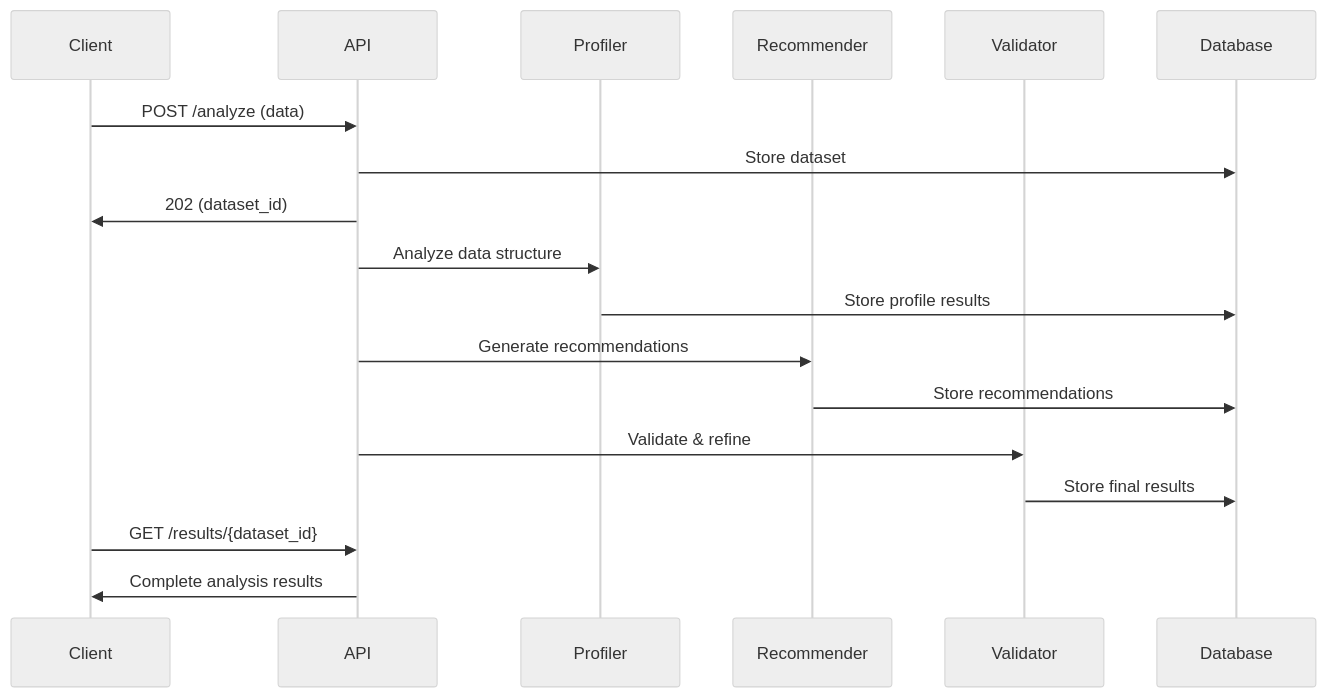
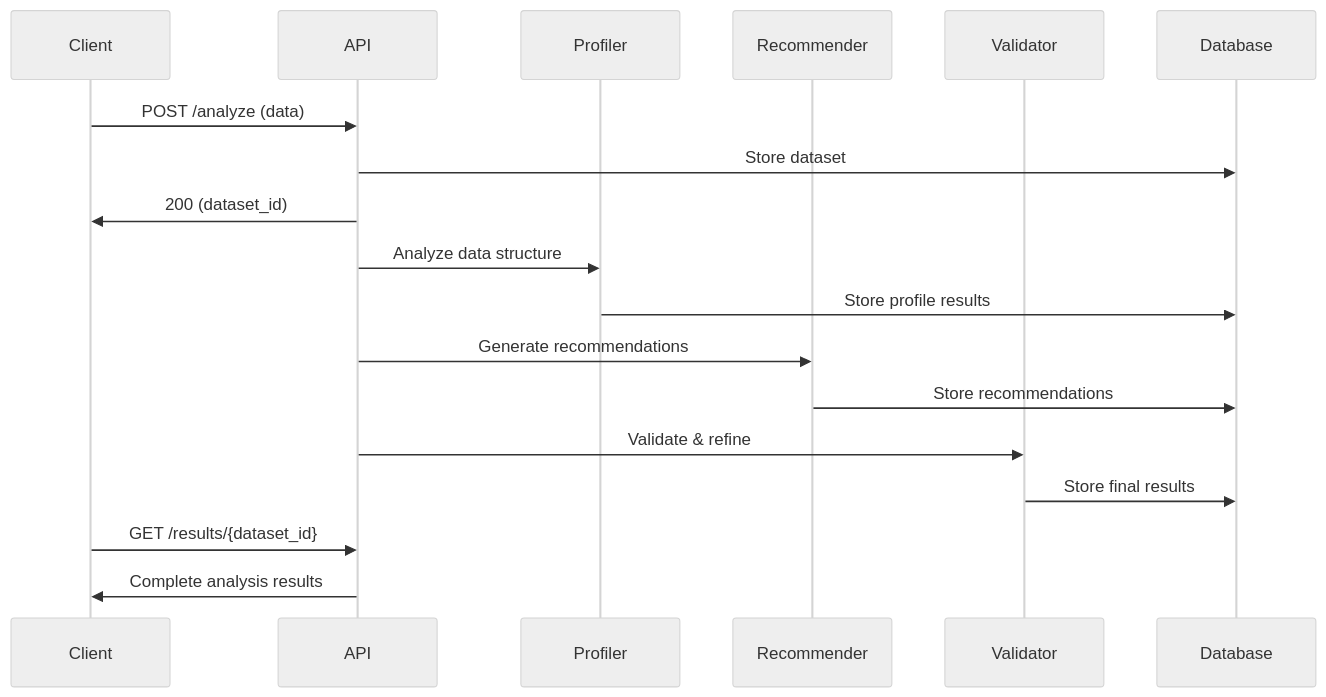
The diagram in docs/api-documentation.md (calebyhan/graphsense), drawn with Mermaid (neutral theme) before and after one commit. The commit also changed other lines of this file and 13 other files, not shown here.

First line of the commit message:
docs: update all docs to reflect current architecture and rename vthacks25 to graphsense (#65)

````diff
--- a/docs/api-documentation.md
+++ b/docs/api-documentation.md
@@ -308,25 +360,25 @@
 ```mermaid
 sequenceDiagram
     participant Client
     participant API
     participant Profiler
     participant Recommender
     participant Validator
     participant Database
 
     Client->>API: POST /analyze (data)
     API->>Database: Store dataset
-    API->>Client: 202 (dataset_id)
+    API->>Client: 200 (dataset_id)
 
     API->>Profiler: Analyze data structure
     Profiler->>Database: Store profile results
 
     API->>Recommender: Generate recommendations
     Recommender->>Database: Store recommendations
 
     API->>Validator: Validate & refine
     Validator->>Database: Store final results
 
     Client->>API: GET /results/{dataset_id}
     API->>Client: Complete analysis results
 ```
````
